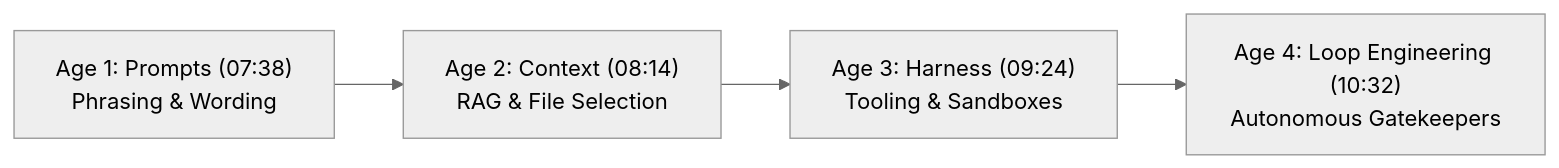
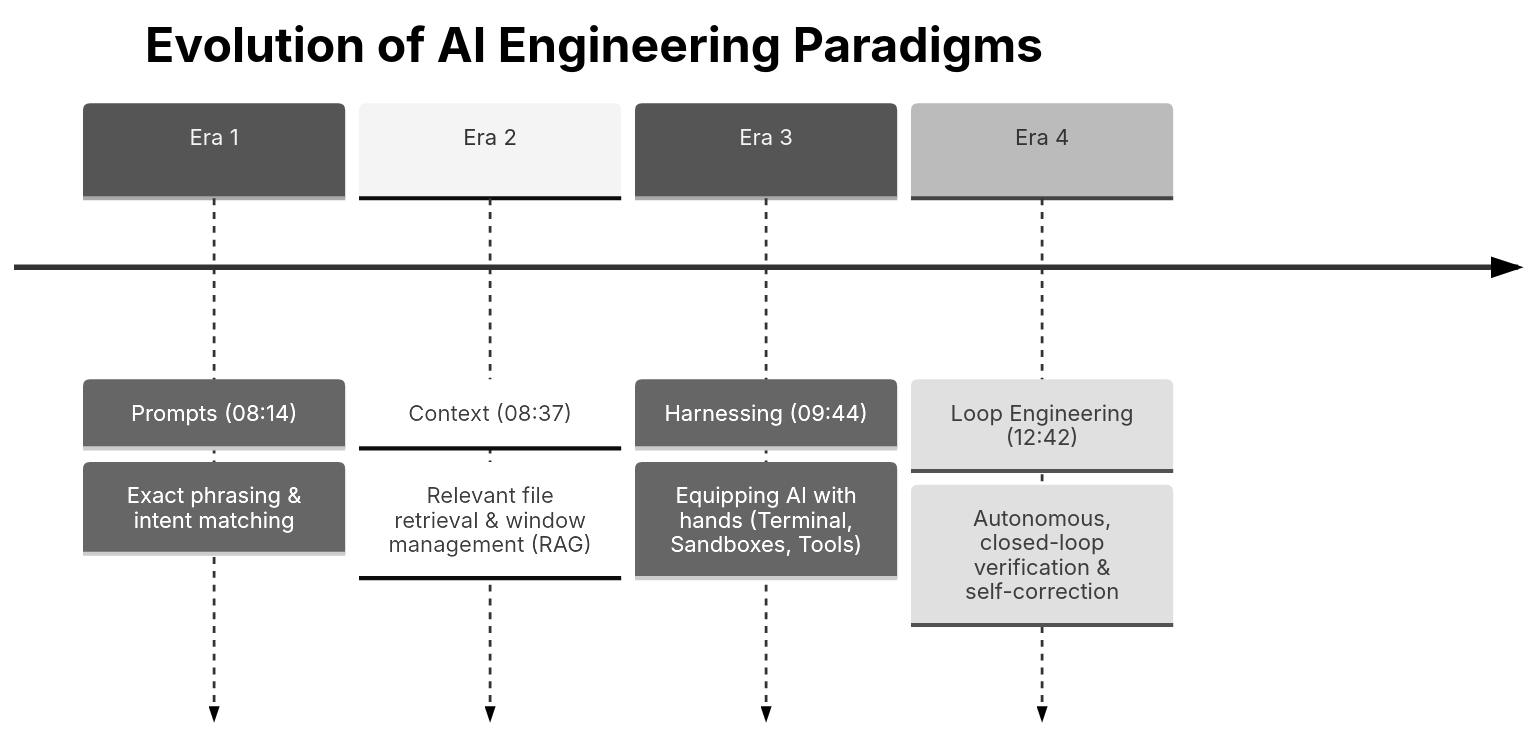
The first of 5 diagrams in 02_NEW-KNOWLEDGE/detailed-study-notes-what-is-loop-engineering-in-agentic-ai.md (xrcodexcode/xr_node), drawn with Mermaid (neutral theme) before and after one commit. The commit also changed other lines of this file and 7 other files, not shown here.

````diff
--- a/02_NEW-KNOWLEDGE/detailed-study-notes-what-is-loop-engineering-in-agentic-ai.md
+++ b/02_NEW-KNOWLEDGE/detailed-study-notes-what-is-loop-engineering-in-agentic-ai.md
@@ -53,6 +66,8 @@
 ```mermaid
-flowchart LR
-    A["Age 1: Prompts (07:38)<br/>Phrasing & Wording"] --> B["Age 2: Context (08:14)<br/>RAG & File Selection"]
-    B --> C["Age 3: Harness (09:24)<br/>Tooling & Sandboxes"]
-    C --> D["Age 4: Loop Engineering (10:32)<br/>Autonomous Gatekeepers"]
+timeline
+    title Evolution of AI Engineering Paradigms
+    Era 1 : Prompts (08:14) : Exact phrasing & intent matching
+    Era 2 : Context (08:37) : Relevant file retrieval & window management (RAG)
+    Era 3 : Harnessing (09:44) : Equipping AI with hands (Terminal, Sandboxes, Tools)
+    Era 4 : Loop Engineering (12:42) : Autonomous, closed-loop verification & self-correction
 ```
````
